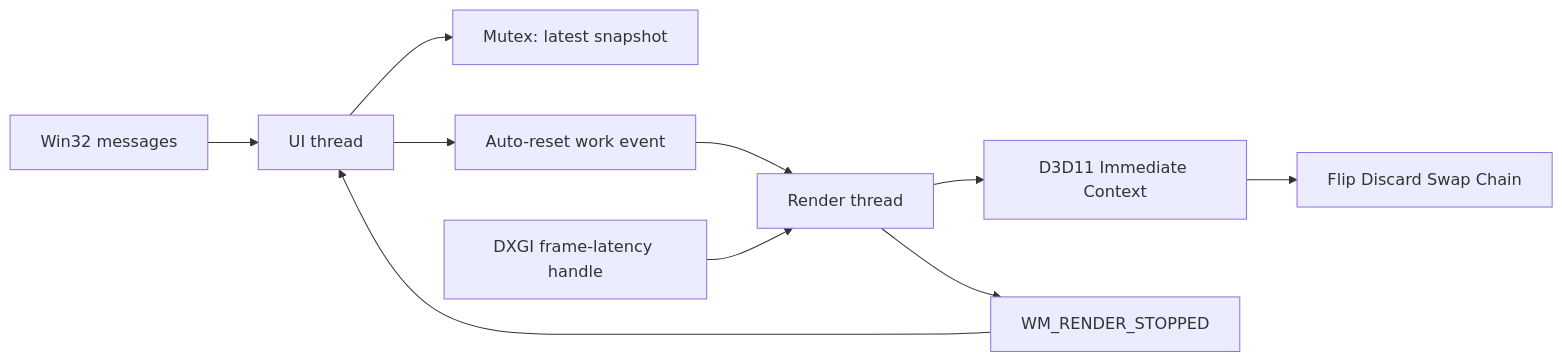
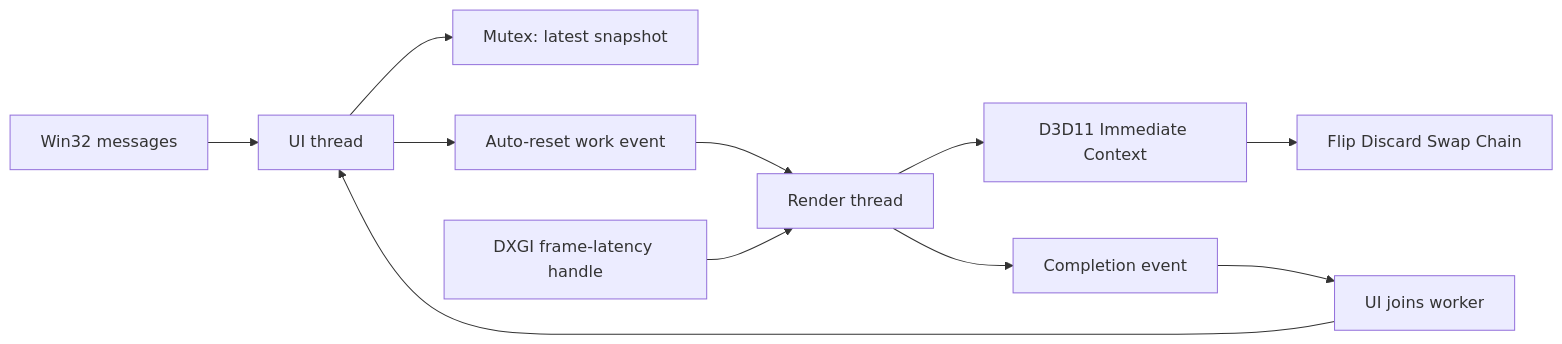
Before and after one commit to pachi-qwq/pixstride: the diagram in docs/en/stage-a.md, drawn with Mermaid. The commit also changed other lines of this file and 10 other files, not shown here.

````diff
--- a/docs/en/stage-a.md
+++ b/docs/en/stage-a.md
@@ -19,12 +22,13 @@
 ```mermaid
 flowchart LR
   Msg[Win32 messages] --> UI[UI thread]
   UI --> State[Mutex: latest snapshot]
   UI --> Event[Auto-reset work event]
   Event --> Render[Render thread]
   Latency[DXGI frame-latency handle] --> Render
   Render --> D3D[D3D11 Immediate Context]
   D3D --> Swap[Flip Discard Swap Chain]
-  Render --> Done[WM_RENDER_STOPPED]
-  Done --> UI
+  Render --> Done[Completion event]
+  Done --> Join[UI joins worker]
+  Join --> UI
 ```
````
